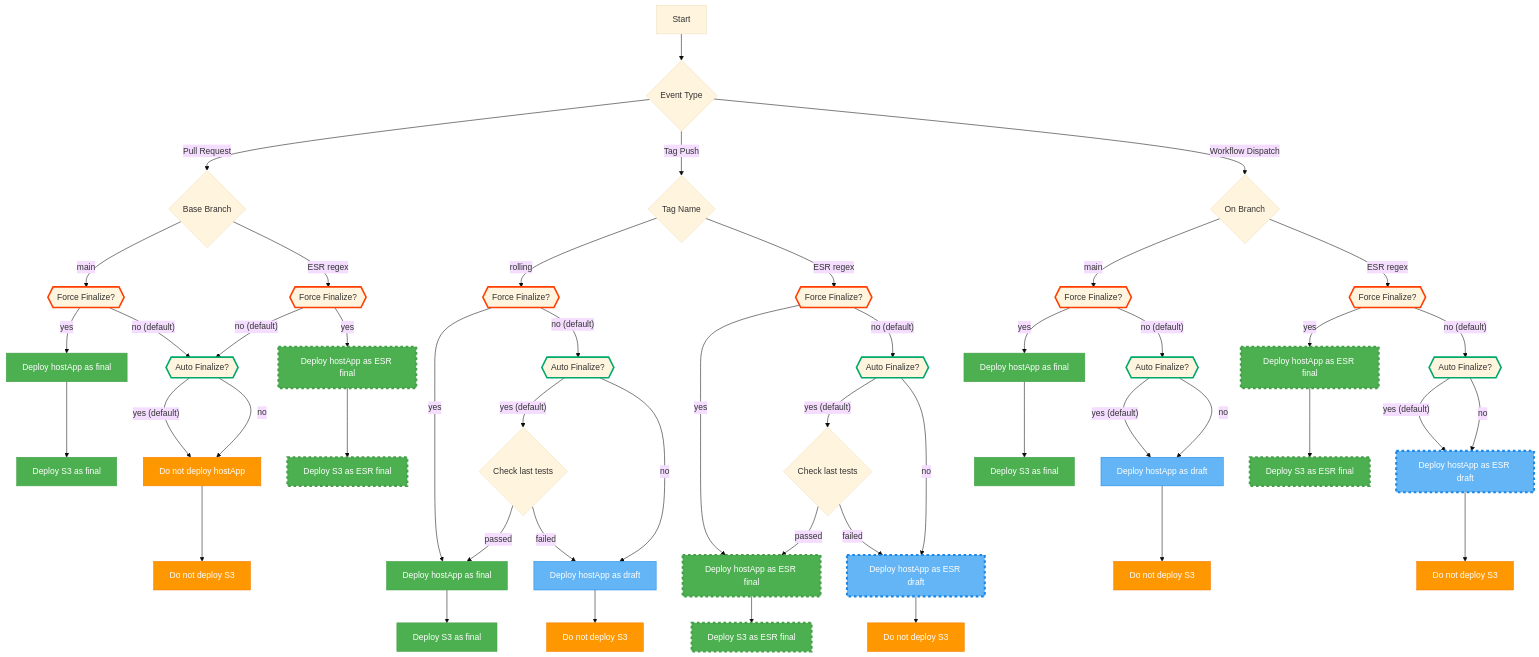
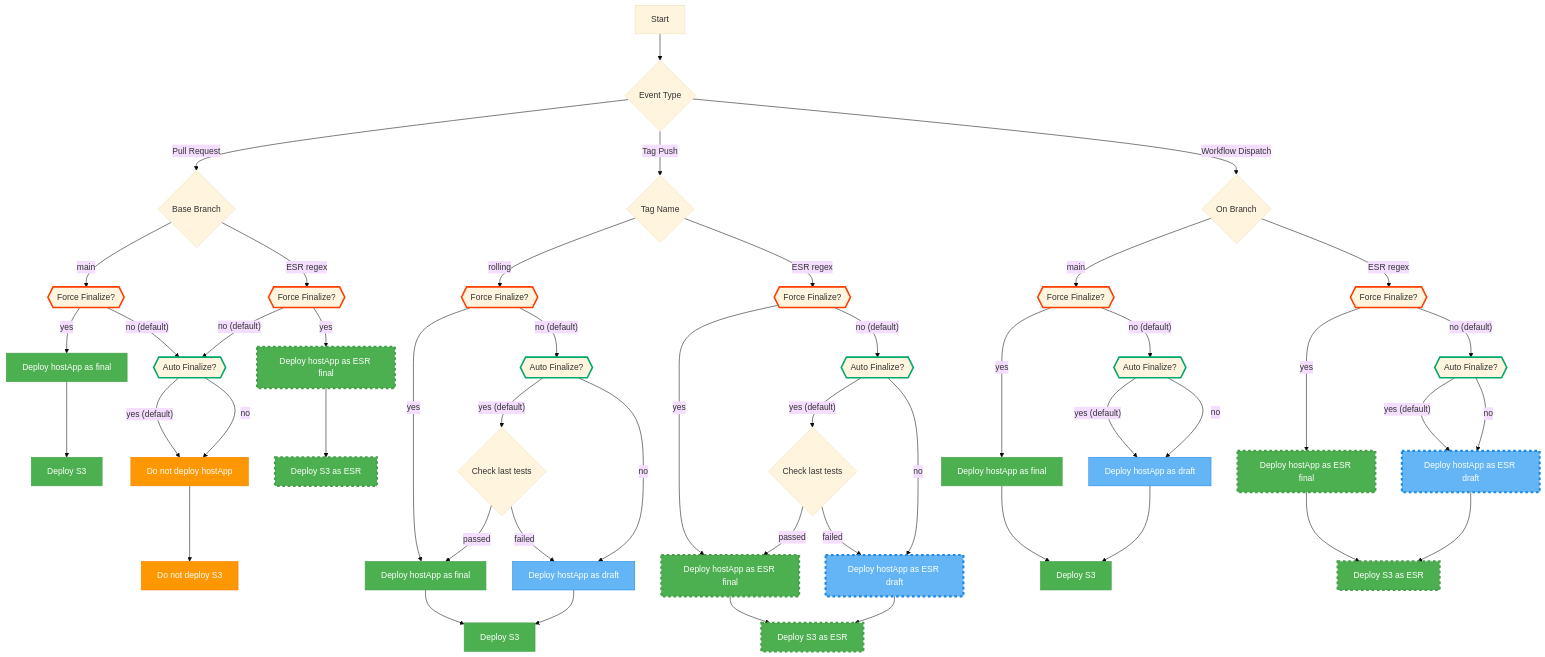
One commit to balena-os/balena-yocto-scripts changed the diagram in .github/workflows/README.md. Above: the diagram before and after it, drawn with Mermaid (base theme).

Commit message:
Reflect that deploys to s3 always happen along with hostapp deploys

```diff
--- a/.github/workflows/README.md
+++ b/.github/workflows/README.md
@@ -48,8 +48,8 @@
     ForceFinalize-6 --> |"no (default)"| AutoFinalize-5{{Auto Finalize?}}
     ForceFinalize-6 --> |yes| DeployFinalESRHostapp-4[Deploy hostApp as ESR final]
 
-    DeployFinalHostapp-3 --> DeployFinalS3-3[Deploy S3 as final]
-    DeployFinalESRHostapp-4 --> DeployFinalS3-4[Deploy S3 as ESR final]
+    DeployFinalHostapp-3 --> DeployFinalS3-3[Deploy S3]
+    DeployFinalESRHostapp-4 --> DeployFinalS3-4[Deploy S3 as ESR]
 
     AutoFinalize-5 --> |"yes (default)"| DoNotDeployHostapp[Do not deploy hostApp]
     AutoFinalize-5 --> |no| DoNotDeployHostapp
@@ -68,7 +68,7 @@
     TPRollingNoForceAuto -->|passed| DeployFinalHostapp-1
     TPRollingNoForceAuto -->|failed| DeployDraftHostapp-1
 
-    DeployDraftHostapp-1 --> DoNotDeployS3-2[Do not deploy S3]
+    DeployDraftHostapp-1 --> DeployFinalS3-1[Deploy S3]
 
     ForceFinalize-2 -->|yes| DeployFinalESRHostapp[Deploy hostApp as ESR final]
     ForceFinalize-2 -->|"no (default)"| AutoFinalize-2{{Auto Finalize?}}
@@ -78,10 +78,10 @@
 
     CheckTests-1 -->|passed| DeployFinalESRHostapp
     CheckTests-1 -->|failed| DeployDraftESRHostapp
-    DeployFinalHostapp-1 --> DeployFinalS3-1[Deploy S3 as final]
+    DeployFinalHostapp-1 --> DeployFinalS3-1[Deploy S3]
 
-    DeployDraftESRHostapp --> DoNotDeployS3-3[Do not deploy S3]
-    DeployFinalESRHostapp --> DeployFinalESRS3[Deploy S3 as ESR final]
+    DeployDraftESRHostapp --> DeployFinalESRS3[Deploy S3 as ESR]
+    DeployFinalESRHostapp --> DeployFinalESRS3[Deploy S3 as ESR]
     
     WorkflowDispatch -->|main| ForceFinalize-3{{Force Finalize?}}
     WorkflowDispatch -->|ESR regex| ForceFinalize-4{{Force Finalize?}}
@@ -96,10 +96,10 @@
     AutoFinalize-4 -->|"yes (default)"| DeployDraftESRHostapp2[Deploy hostApp as ESR draft]
     AutoFinalize-4 -->|no| DeployDraftESRHostapp2[Deploy hostApp as ESR draft]
 
-    DeployFinalHostapp-2 --> DeployFinalS3-2[Deploy S3 as final]
-    DeployDraftHostapp-2 --> DoNotDeployS3-4[Do not deploy S3]
-    DeployDraftESRHostapp2 --> DoNotDeployS3-5[Do not deploy S3]
-    DeployFinalESRHostapp-1 --> DeployFinalESRS3-2[Deploy S3 as ESR final]
+    DeployFinalHostapp-2 --> DeployFinalS3-2[Deploy S3]
+    DeployDraftHostapp-2 --> DeployFinalS3-2[Deploy S3]
+    DeployDraftESRHostapp2 --> DeployFinalESRS3-2[Do not deploy S3]
+    DeployFinalESRHostapp-1 --> DeployFinalESRS3-2[Deploy S3 as ESR]
 
     classDef forceFinalize stroke:#ff3e00,stroke-width:3px;
     classDef autoFinalize stroke:#00a86b,stroke-width:3px;
```
